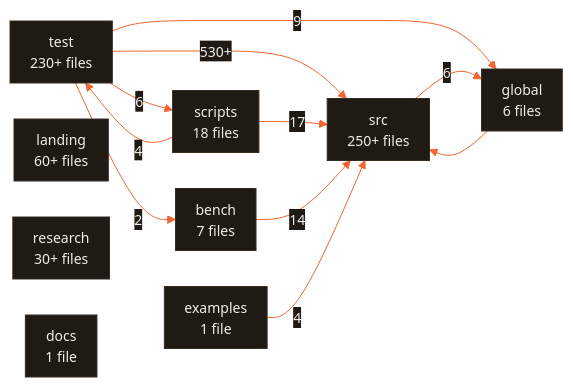
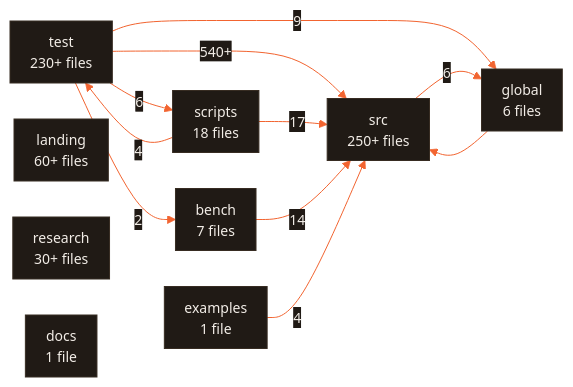
The diagram in ARCHITECTURE.md (CodeWithJuber/forgekit), drawn with Mermaid before and after one commit. The commit also changed other lines of this file and 15 other files, not shown here.

````diff
--- a/ARCHITECTURE.md
+++ b/ARCHITECTURE.md
@@ -700,23 +714,23 @@
 ```mermaid
 %%{init: {'theme':'base','themeVariables':{'primaryColor':'#201a15','primaryTextColor':'#f2ede7','primaryBorderColor':'#372c22','lineColor':'#f26430','secondaryColor':'#272019','tertiaryColor':'#171310','edgeLabelBackground':'#201a15','clusterBkg':'#171310','clusterBorder':'#4a3b2e','fontFamily':'ui-sans-serif, system-ui, sans-serif','fontSize':'14px'},'flowchart':{'curve':'basis','padding':10,'nodeSpacing':36,'rankSpacing':44}}}%%
 flowchart LR
   src["src<br/>250+ files"]
   test["test<br/>230+ files"]
   landing["landing<br/>60+ files"]
   research["research<br/>30+ files"]
   scripts["scripts<br/>18 files"]
   bench["bench<br/>7 files"]
   global["global<br/>6 files"]
   docs["docs<br/>1 file"]
   examples["examples<br/>1 file"]
-  test -- 530+ --> src
+  test -- 540+ --> src
   scripts -- 17 --> src
   bench -- 14 --> src
   test -- 9 --> global
   src -- 6 --> global
   test -- 6 --> scripts
   examples -- 4 --> src
   scripts -- 4 --> test
   test -- 2 --> bench
   global --> src
 ```
````
